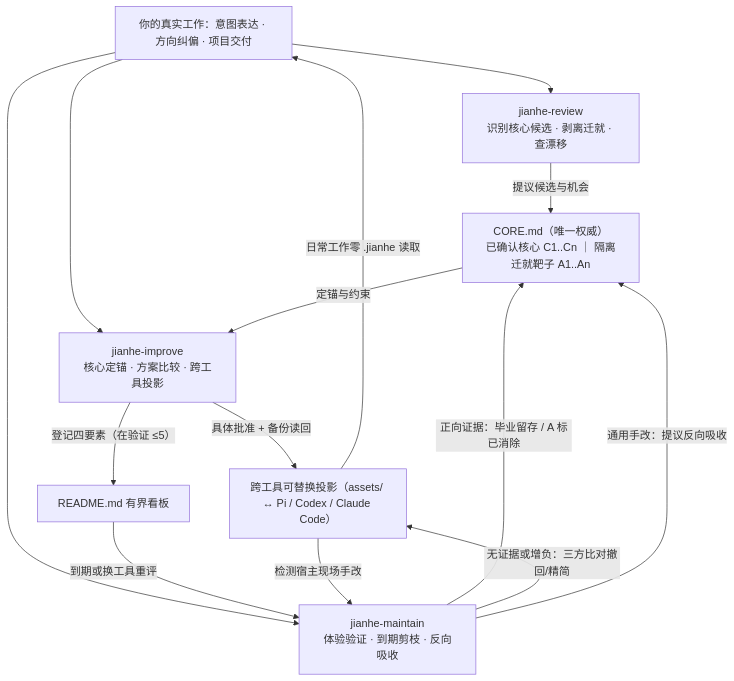
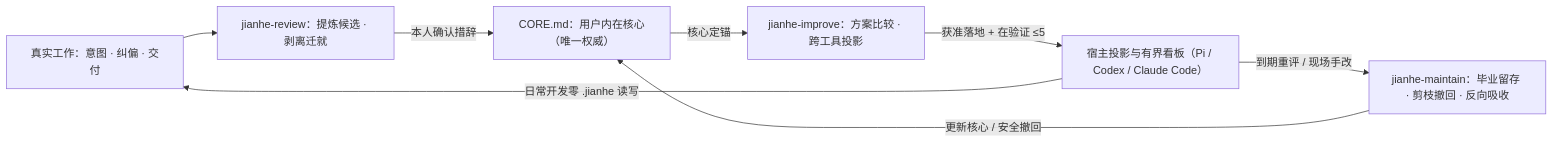
Before and after one commit to zzf2333/Harness-Grove: the diagram in README.md, drawn with Mermaid. The commit also changed other lines of this file, not shown here.

````diff
--- a/README.md
+++ b/README.md
@@ -36,17 +37,10 @@
 ```mermaid
-flowchart TD
-    U["你的真实工作：意图表达 · 方向纠偏 · 项目交付"] --> R["jianhe-review<br/>识别核心候选 · 剥离迁就 · 查漂移"]
-    U --> I["jianhe-improve<br/>核心定锚 · 方案比较 · 跨工具投影"]
-    U --> M["jianhe-maintain<br/>体验验证 · 到期剪枝 · 反向吸收"]
-
-    R -->|提议候选与机会| C["CORE.md（唯一权威）<br/>已确认核心 C1..Cn ｜ 隔离迁就靶子 A1..An"]
-    C -->|定锚与约束| I
-    I -->|具体批准 + 备份读回| P["跨工具可替换投影（assets/ ↔ Pi / Codex / Claude Code）"]
-    I -->|登记四要素（在验证 ≤5）| K["README.md 有界看板"]
-    P -->|日常工作零 .jianhe 读取| U
-    K -->|到期或换工具重评| M
-    P -->|检测宿主现场手改| M
-    M -->|正向证据：毕业留存 / A 标已消除| C
-    M -->|无证据或增负：三方比对撤回/精简| P
-    M -->|通用手改：提议反向吸收| C
+flowchart LR
+    W["真实工作：意图 · 纠偏 · 交付"] --> R["jianhe-review：提炼候选 · 剥离迁就"]
+    R -->|本人确认措辞| C["CORE.md：用户内在核心（唯一权威）"]
+    C -->|核心定锚| I["jianhe-improve：方案比较 · 跨工具投影"]
+    I -->|获准落地 + 在验证 ≤5| P["宿主投影与有界看板（Pi / Codex / Claude Code）"]
+    P -->|日常开发零 .jianhe 读写| W
+    P -->|到期重评 / 现场手改| M["jianhe-maintain：毕业留存 · 剪枝撤回 · 反向吸收"]
+    M -->|更新核心 / 安全撤回| C
 ```
````
